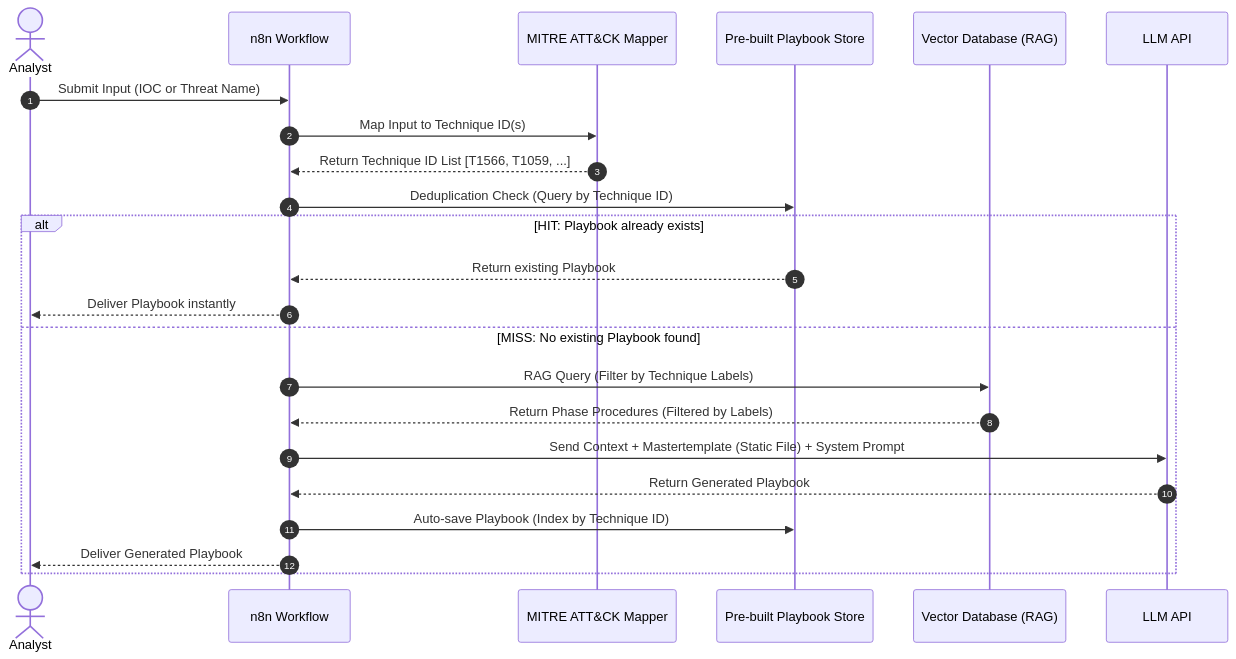
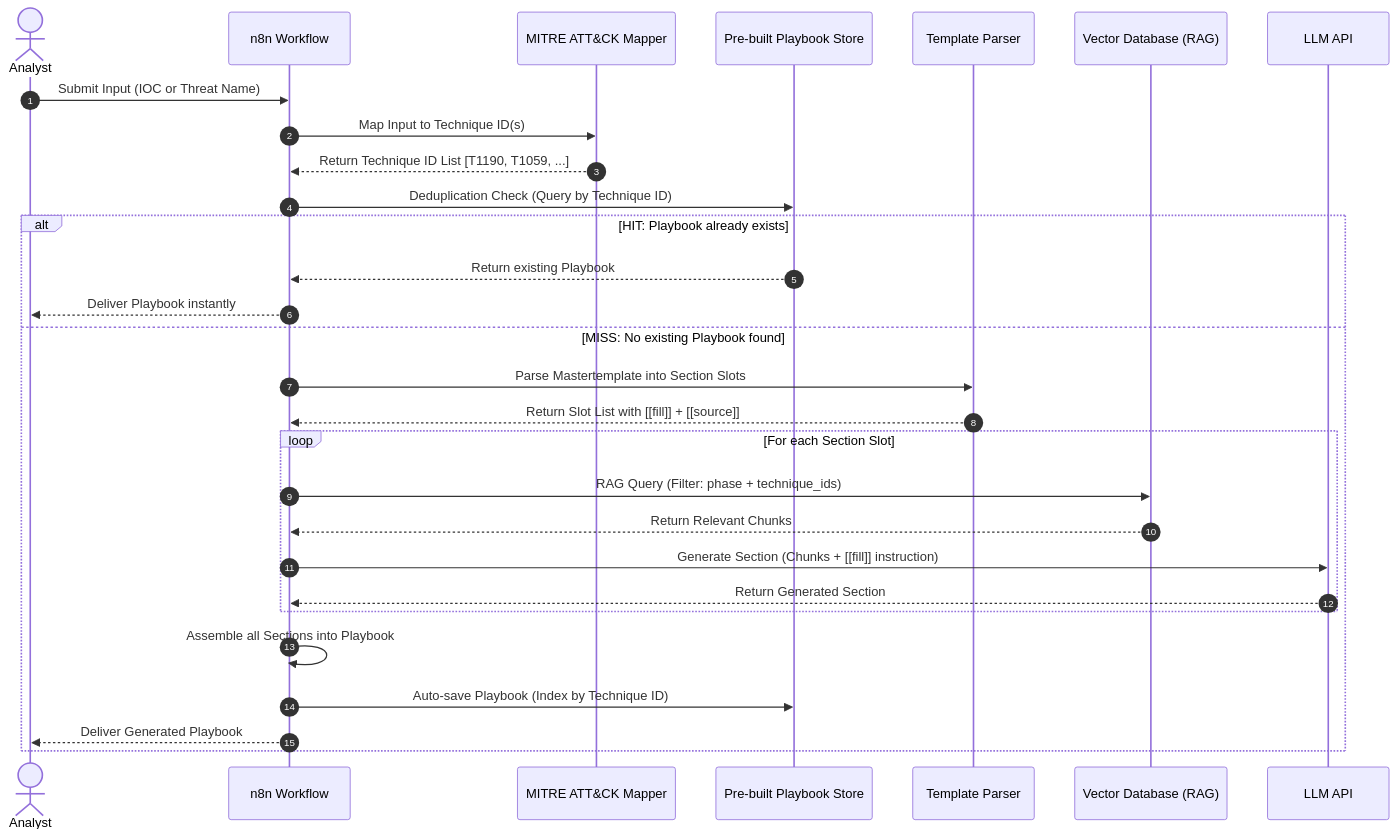
One commit to Chaithawatcer/omnissiah-playbook-workflow changed the ninth of 10 diagrams in architecture.md. Above: the diagram before and after it, drawn with Mermaid. The commit also changed other lines of this file, not shown here.

Commit message:
Major architecture overhaul: Per-Section Generation Loop, Slot Architecture, Metadata-filtered RAG, Development Roadmap

````diff
--- a/architecture.md
+++ b/architecture.md
@@ -216,27 +371,35 @@
 ```mermaid
 sequenceDiagram
     autonumber
     actor Analyst
     participant n8n as n8n Workflow
     participant MITRE as MITRE ATT&CK Mapper
     participant Store as Pre-built Playbook Store
+    participant Parser as Template Parser
     participant VDB as Vector Database (RAG)
     participant LLM as LLM API
 
     Analyst->>n8n: Submit Input (IOC or Threat Name)
     n8n->>MITRE: Map Input to Technique ID(s)
-    MITRE-->>n8n: Return Technique ID List [T1566, T1059, ...]
+    MITRE-->>n8n: Return Technique ID List [T1190, T1059, ...]
     n8n->>Store: Deduplication Check (Query by Technique ID)
 
     alt HIT: Playbook already exists
         Store-->>n8n: Return existing Playbook
         n8n-->>Analyst: Deliver Playbook instantly
     else MISS: No existing Playbook found
-        n8n->>VDB: RAG Query (Filter by Technique Labels)
-        VDB-->>n8n: Return Phase Procedures (Filtered by Labels)
-        n8n->>LLM: Send Context + Mastertemplate (Static File) + System Prompt
-        LLM-->>n8n: Return Generated Playbook
+        n8n->>Parser: Parse Mastertemplate into Section Slots
+        Parser-->>n8n: Return Slot List with [[fill]] + [[source]]
+
+        loop For each Section Slot
+            n8n->>VDB: RAG Query (Filter: phase + technique_ids)
+            VDB-->>n8n: Return Relevant Chunks
+            n8n->>LLM: Generate Section (Chunks + [[fill]] instruction)
+            LLM-->>n8n: Return Generated Section
+        end
+
+        n8n->>n8n: Assemble all Sections into Playbook
         n8n->>Store: Auto-save Playbook (Index by Technique ID)
         n8n-->>Analyst: Deliver Generated Playbook
     end
 ```
````
